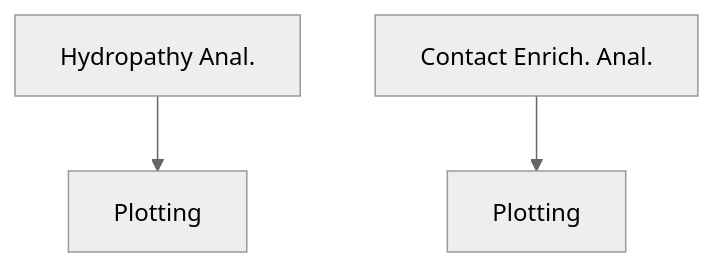
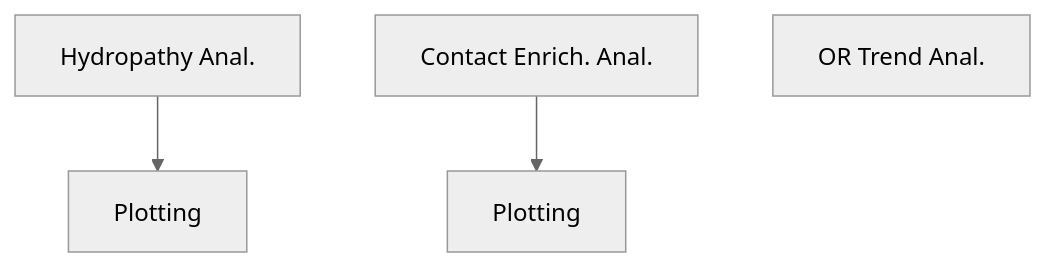
Before and after one commit to obrien-lab-psu/Failure-to-Form_Native_Entanglements: the diagram in Sequence_Complexity_and_Discrimination/README.md, drawn with Mermaid (neutral theme).

Commit message:
added OR trend plots

````diff
--- a/Sequence_Complexity_and_Discrimination/README.md
+++ b/Sequence_Complexity_and_Discrimination/README.md
@@ -4,9 +4,11 @@
 ```mermaid
 graph TD
     A[Hydropathy Anal.] --> B[Plotting]
     C[Contact Enrich. Anal.] --> D[Plotting]
+    E[OR Trend Anal.]
     click A "https://github.com/obrien-lab-psu/Failure-to-Form_Native_Entanglements/tree/main/Sequence_Complexity_and_Discrimination#hydropathy-analysis-of-loop-forming-contacts"
     click B "https://github.com/obrien-lab-psu/Failure-to-Form_Native_Entanglements/tree/main/Sequence_Complexity_and_Discrimination#usage-of-plot_hydropathy_resultspy"
     click C "https://github.com/obrien-lab-psu/Failure-to-Form_Native_Entanglements/tree/main/Sequence_Complexity_and_Discrimination#loop-forming-contact-enrichment"
     click D "https://github.com/obrien-lab-psu/Failure-to-Form_Native_Entanglements/tree/main/Sequence_Complexity_and_Discrimination#usage-of-plot_energetics_results_with_permutationpy"
+    click E "https://github.com/obrien-lab-psu/Failure-to-Form_Native_Entanglements/tree/main/Sequence_Complexity_and_Discrimination#trend-analysis-in-loop-forming-contacts"
 ``` 
````
